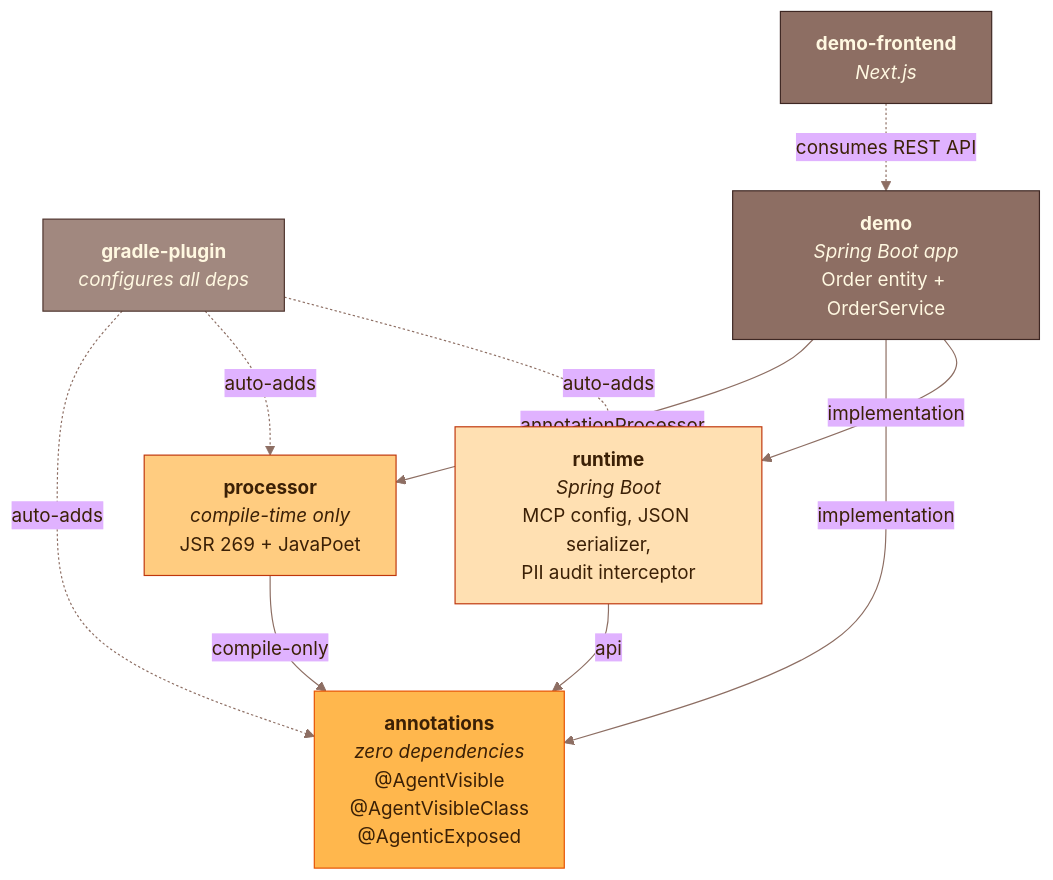
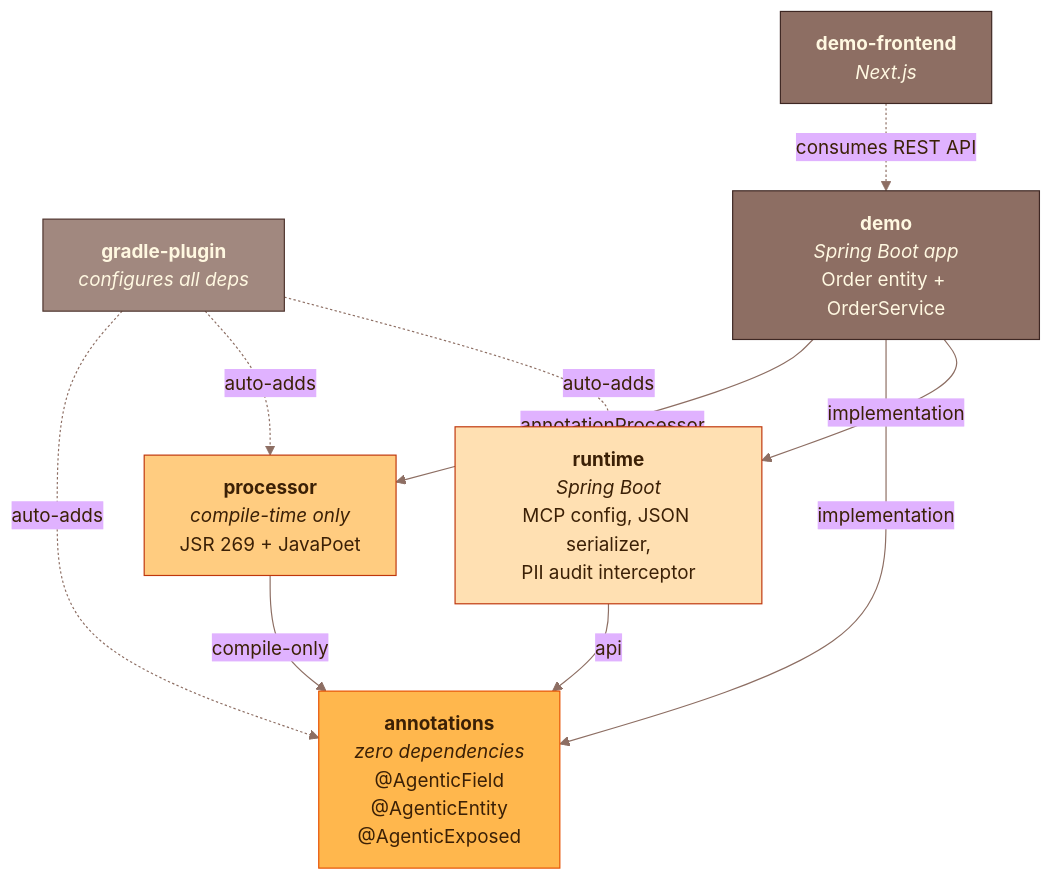
Before and after one commit to gosha70/ai-atlas: the second of 4 diagrams in README.md, drawn with Mermaid. The commit also changed other lines of this file and 40 other files, not shown here.

First line of the commit message:
Rename @AgentVisibleClass → @AgenticEntity and @AgentVisible → @AgenticField

````diff
--- a/README.md
+++ b/README.md
@@ -126,27 +126,27 @@
 ```mermaid
 %%{init: {'theme': 'base', 'themeVariables': {'primaryColor': '#FFE0B2', 'primaryTextColor': '#3b2006', 'primaryBorderColor': '#E65100', 'lineColor': '#8D6E63', 'textColor': '#3b2006'}}}%%
 graph TD
-    annotations["<b>annotations</b><br/><i>zero dependencies</i><br/>@AgentVisible<br/>@AgentVisibleClass<br/>@AgenticExposed"]
+    annotations["<b>annotations</b><br/><i>zero dependencies</i><br/>@AgenticField<br/>@AgenticEntity<br/>@AgenticExposed"]
     processor["<b>processor</b><br/><i>compile-time only</i><br/>JSR 269 + JavaPoet"]
     runtime["<b>runtime</b><br/><i>Spring Boot</i><br/>MCP config, JSON serializer,<br/>PII audit interceptor"]
     plugin["<b>gradle-plugin</b><br/><i>configures all deps</i>"]
     demo["<b>demo</b><br/><i>Spring Boot app</i><br/>Order entity + OrderService"]
     demo_fe["<b>demo-frontend</b><br/><i>Next.js</i>"]
 
     processor -->|"compile-only"| annotations
     runtime -->|"api"| annotations
     plugin -.->|"auto-adds"| annotations
     plugin -.->|"auto-adds"| processor
     plugin -.->|"auto-adds"| runtime
     demo -->|"annotationProcessor"| processor
     demo -->|"implementation"| annotations
     demo -->|"implementation"| runtime
     demo_fe -.->|"consumes REST API"| demo
 
     style annotations fill:#FFB74D,stroke:#E65100,color:#3b2006
     style processor fill:#FFCC80,stroke:#BF360C,color:#3b2006
     style runtime fill:#FFE0B2,stroke:#BF360C,color:#3b2006
     style plugin fill:#A1887F,stroke:#4E342E,color:#FFF8E1
     style demo fill:#8D6E63,stroke:#3E2723,color:#FFF8E1
     style demo_fe fill:#8D6E63,stroke:#3E2723,color:#FFF8E1
 ```
````
